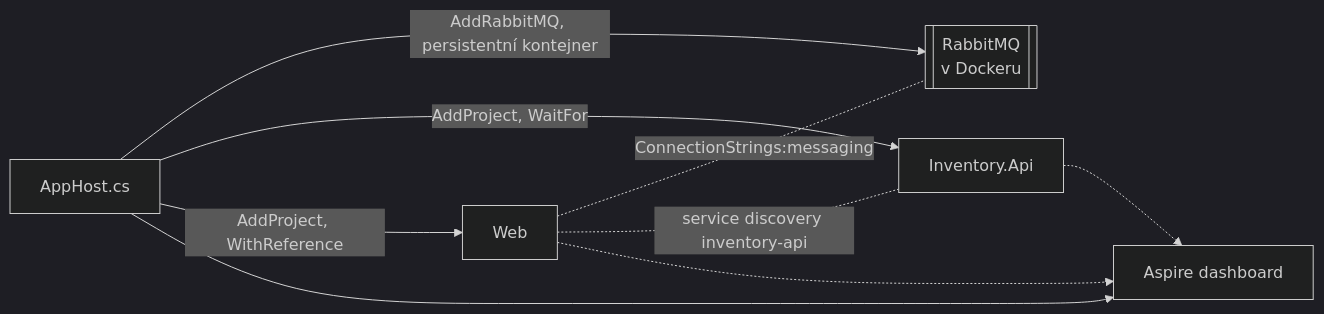
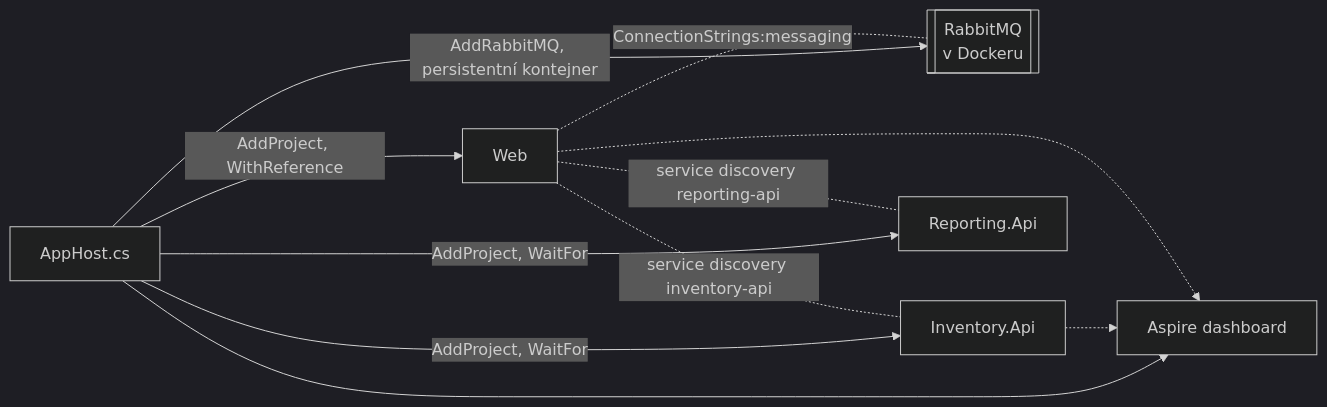
The diagram in docs/prirucka/nasazeni/lokalne.md (ftichy/MiniShop), drawn with Mermaid (dark theme) before and after one commit. The commit also changed other lines of this file and 56 other files, not shown here.

````diff
--- a/docs/prirucka/nasazeni/lokalne.md
+++ b/docs/prirucka/nasazeni/lokalne.md
@@ -31,11 +32,13 @@
 ```mermaid
 flowchart LR
     host["AppHost.cs"] -->|"AddRabbitMQ, persistentní kontejner"| mq[["RabbitMQ<br/>v Dockeru"]]
     host -->|"AddProject, WaitFor"| inv["Inventory.Api"]
+    host -->|"AddProject, WaitFor"| rep["Reporting.Api"]
     host -->|"AddProject, WithReference"| web["Web"]
     host --> dash["Aspire dashboard"]
     web -.-|"ConnectionStrings:messaging"| mq
     web -.-|"service discovery inventory-api"| inv
+    web -.-|"service discovery reporting-api"| rep
     inv -.-> dash
     web -.-> dash
 ```
````
